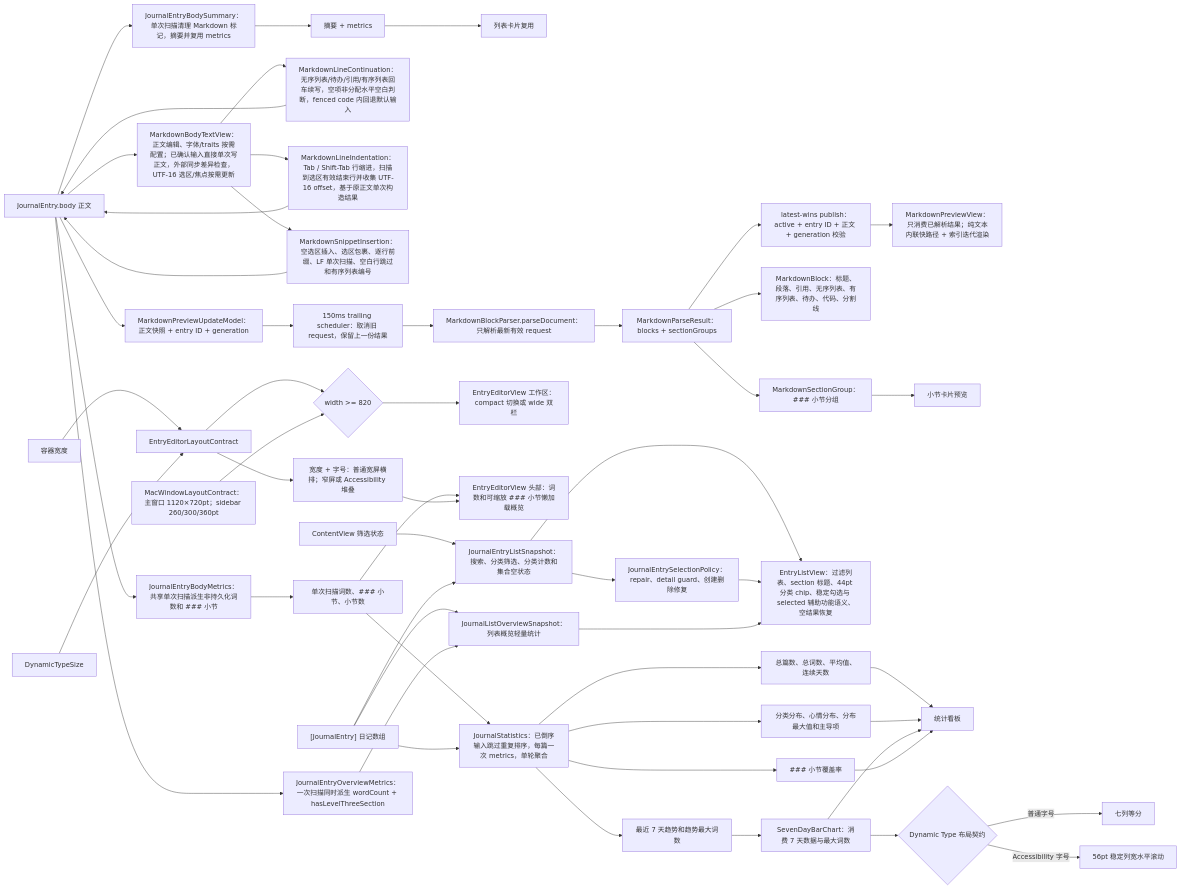
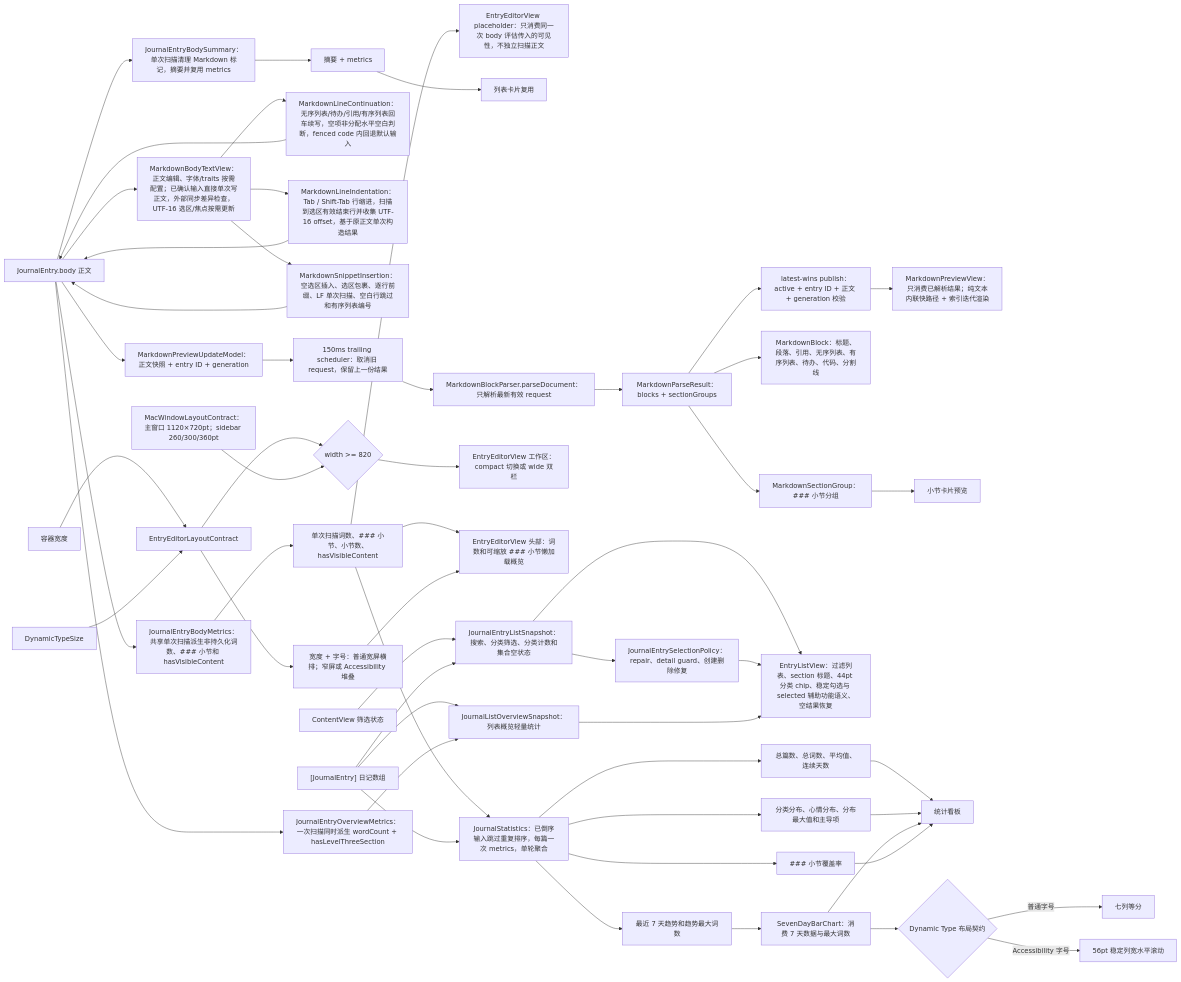
The fourth of 6 diagrams in md/flow/flowchart.md (Altman-sam114/117), drawn with Mermaid before and after one commit. The commit also changed other lines of this file and 9 other files, not shown here.

````diff
--- a/md/flow/flowchart.md
+++ b/md/flow/flowchart.md
@@ -179,55 +179,56 @@
 ```mermaid
 flowchart LR
-  Body["JournalEntry.body 正文"] --> MetricsNode2["JournalEntryBodyMetrics：共享单次扫描派生非持久化词数和 ### 小节"]
+  Body["JournalEntry.body 正文"] --> MetricsNode2["JournalEntryBodyMetrics：共享单次扫描派生非持久化词数、### 小节和 hasVisibleContent"]
   Body --> OverviewMetrics2["JournalEntryOverviewMetrics：一次扫描同时派生 wordCount + hasLevelThreeSection"]
   Body --> Summary["JournalEntryBodySummary：单次扫描清理 Markdown 标记，摘要并复用 metrics"]
   Body --> BodyText["MarkdownBodyTextView：正文编辑、字体/traits 按需配置；已确认输入直接单次写正文，外部同步差异检查，UTF-16 选区/焦点按需更新"]
   BodyText --> ContinueRule["MarkdownLineContinuation：无序列表/待办/引用/有序列表回车续写，空项非分配水平空白判断，fenced code 内回退默认输入"]
   ContinueRule --> Body
   BodyText --> IndentRule["MarkdownLineIndentation：Tab / Shift-Tab 行缩进，扫描到选区有效结束行并收集 UTF-16 offset，基于原正文单次构造结果"]
   IndentRule --> Body
   BodyText --> InsertRule["MarkdownSnippetInsertion：空选区插入、选区包裹、逐行前缀、LF 单次扫描、空白行跳过和有序列表编号"]
   InsertRule --> Body
-  MetricsNode2 --> MetricsData["单次扫描词数、### 小节、小节数"]
+  MetricsNode2 --> MetricsData["单次扫描词数、### 小节、小节数、hasVisibleContent"]
+  MetricsData --> EditorPlaceholder["EntryEditorView placeholder：只消费同一次 body 评估传入的可见性，不独立扫描正文"]
   Summary --> Excerpt["摘要 + metrics"]
   Excerpt --> RowEditor["列表卡片复用"]
   MetricsData --> Statistics["JournalStatistics：已倒序输入跳过重复排序，每篇一次 metrics，单轮聚合"]
   EditorWidth["容器宽度"] --> EditorLayout["EntryEditorLayoutContract"]
   EditorTypeSize["DynamicTypeSize"] --> EditorLayout
   EditorLayout --> WorkspaceDecision{"width >= 820"}
   WorkspaceDecision --> EditorWorkspace["EntryEditorView 工作区：compact 切换或 wide 双栏"]
   MacWindowLayout["MacWindowLayoutContract：主窗口 1120×720pt；sidebar 260/300/360pt"] --> WorkspaceDecision
   EditorLayout --> HeaderDecision["宽度 + 字号：普通宽屏横排；窄屏或 Accessibility 堆叠"]
   MetricsData --> EditorHeader["EntryEditorView 头部：词数和可缩放 ### 小节懒加载概览"]
   HeaderDecision --> EditorHeader
   Body --> PreviewRequest["MarkdownPreviewUpdateModel：正文快照 + entry ID + generation"]
   PreviewRequest --> PreviewScheduler["150ms trailing scheduler：取消旧 request，保留上一份结果"]
   PreviewScheduler --> Parse["MarkdownBlockParser.parseDocument：只解析最新有效 request"]
   Parse --> Result["MarkdownParseResult：blocks + sectionGroups"]
   Result --> LatestWins["latest-wins publish：active + entry ID + 正文 + generation 校验"]
   Result --> Blocks["MarkdownBlock：标题、段落、引用、无序列表、有序列表、待办、代码、分割线"]
   LatestWins --> Preview["MarkdownPreviewView：只消费已解析结果；纯文本内联快路径 + 索引迭代渲染"]
   Result --> Sections["MarkdownSectionGroup：### 小节分组"]
   Sections --> SectionPreview["小节卡片预览"]
   Entries["[JournalEntry] 日记数组"] --> Statistics
   FilterState2["ContentView 筛选状态"] --> ListSnapshot2["JournalEntryListSnapshot：搜索、分类筛选、分类计数和集合空状态"]
   Entries --> ListSnapshot2
   ListSnapshot2 --> ListView["EntryListView：过滤列表、section 标题、44pt 分类 chip、稳定勾选与 selected 辅助功能语义、空结果恢复"]
   ListSnapshot2 --> SelectionPolicy2["JournalEntrySelectionPolicy：repair、detail guard、创建删除修复"]
   SelectionPolicy2 --> ListView
   Entries --> ListOverview2["JournalListOverviewSnapshot：列表概览轻量统计"]
   OverviewMetrics2 --> ListOverview2
   ListOverview2 --> ListView
   Statistics --> Metrics["总篇数、总词数、平均值、连续天数"]
   Statistics --> Distributions["分类分布、心情分布、分布最大值和主导项"]
   Statistics --> Trend["最近 7 天趋势和趋势最大词数"]
   Statistics --> Coverage["### 小节覆盖率"]
   Metrics --> Dashboard["统计看板"]
   Distributions --> Dashboard
   Trend --> TrendChart["SevenDayBarChart：消费 7 天数据与最大词数"]
   TrendChart --> Dashboard
   TrendChart --> TrendLayout2{"Dynamic Type 布局契约"}
   TrendLayout2 -- "普通字号" --> EqualTrend2["七列等分"]
   TrendLayout2 -- "Accessibility 字号" --> ScrollingTrend2["56pt 稳定列宽水平滚动"]
   Coverage --> Dashboard
 ```
````
